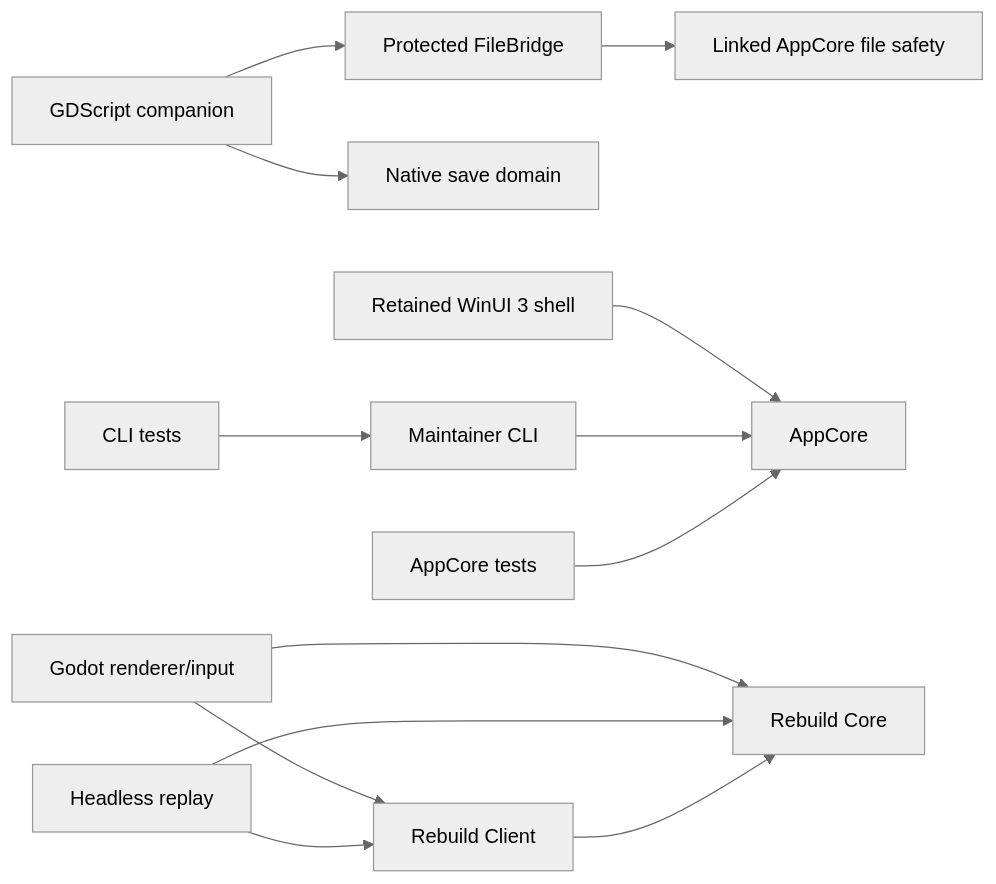
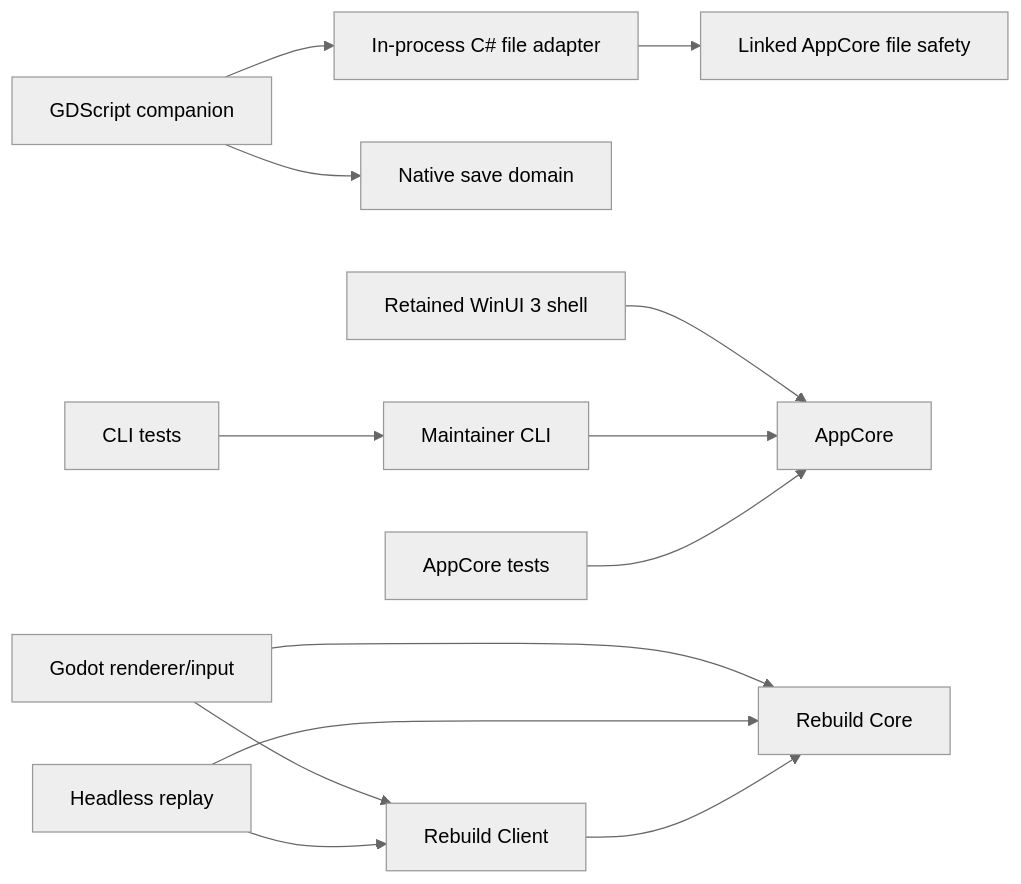
Before and after one commit to dlprentice/Onslaught-Career-Editor: the diagram in PROJECT-INDEX.md, drawn with Mermaid (neutral theme). The commit also changed other lines of this file and 32 other files, not shown here.

````diff
--- a/PROJECT-INDEX.md
+++ b/PROJECT-INDEX.md
@@ -21,15 +21,15 @@
 ```mermaid
 flowchart LR
     W["Retained WinUI 3 shell"] --> A["AppCore"]
     T["GDScript companion"] --> D["Native save domain"]
-    T --> B["Protected FileBridge"]
+    T --> B["In-process C# file adapter"]
     B --> S["Linked AppCore file safety"]
     C["Maintainer CLI"] --> A
     AT["AppCore tests"] --> A
     CT["CLI tests"] --> C
     G["Godot renderer/input"] --> RC["Rebuild Client"]
     G --> RCore["Rebuild Core"]
     H["Headless replay"] --> RC
     H --> RCore
     RC --> RCore
 ```
````
